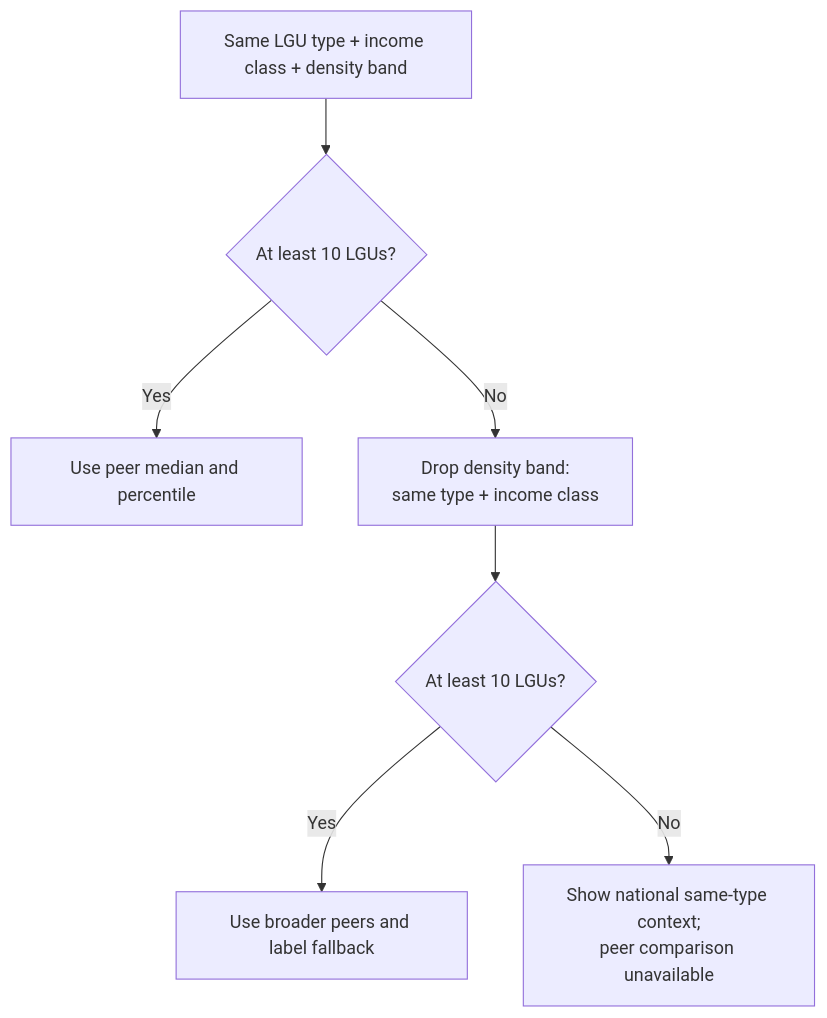
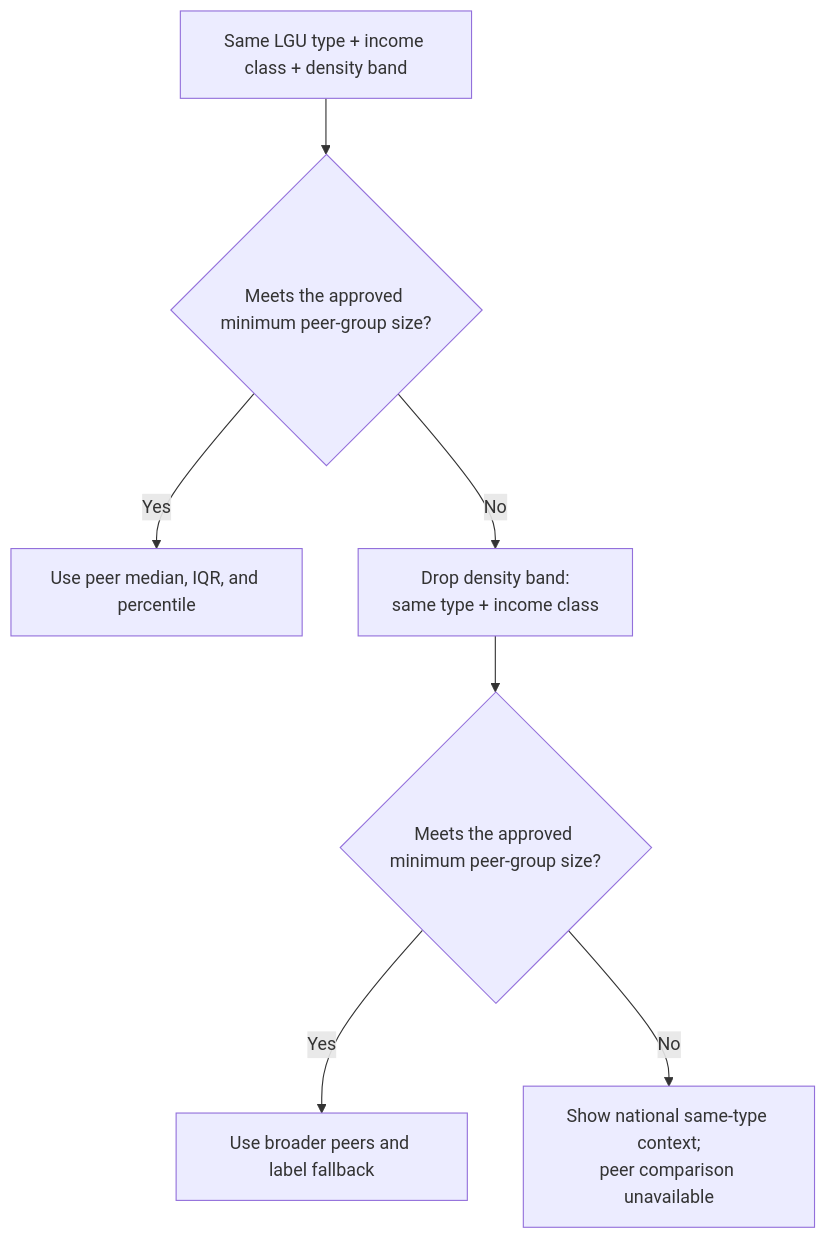
Before and after one commit to reached-hq/edu-access-intelligence: the second of 2 diagrams in docs/business/business-analytics-problem.md, drawn with Mermaid. The commit also changed other lines of this file, not shown here.

````diff
--- a/docs/business/business-analytics-problem.md
+++ b/docs/business/business-analytics-problem.md
@@ -86,9 +114,9 @@
 ```mermaid
 flowchart TD
-    A["Same LGU type + income class + density band"] --> B{"At least 10 LGUs?"}
-    B -->|Yes| C["Use peer median and percentile"]
+    A["Same LGU type + income class + density band"] --> B{"Meets the approved minimum peer-group size?"}
+    B -->|Yes| C["Use peer median, IQR, and percentile"]
     B -->|No| D["Drop density band:<br/>same type + income class"]
-    D --> E{"At least 10 LGUs?"}
+    D --> E{"Meets the approved minimum peer-group size?"}
     E -->|Yes| F["Use broader peers and label fallback"]
     E -->|No| G["Show national same-type context;<br/>peer comparison unavailable"]
 ```
````
